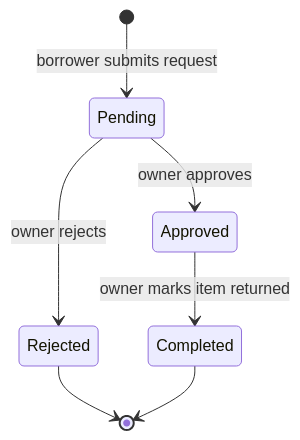
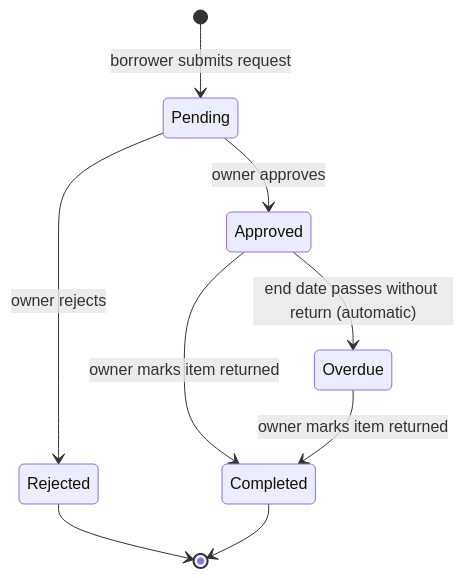
Before and after one commit to bhsei/26F: the second of 4 diagrams in docs/requirements/SRS.md, drawn with Mermaid. The commit also changed other lines of this file, not shown here.

````diff
--- a/docs/requirements/SRS.md
+++ b/docs/requirements/SRS.md
@@ -321,9 +360,11 @@
 ```mermaid
 stateDiagram-v2
     [*] --> Pending: borrower submits request
     Pending --> Approved: owner approves
     Pending --> Rejected: owner rejects
+    Approved --> Overdue: end date passes without return (automatic)
     Approved --> Completed: owner marks item returned
+    Overdue --> Completed: owner marks item returned
     Rejected --> [*]
     Completed --> [*]
 ```
````
